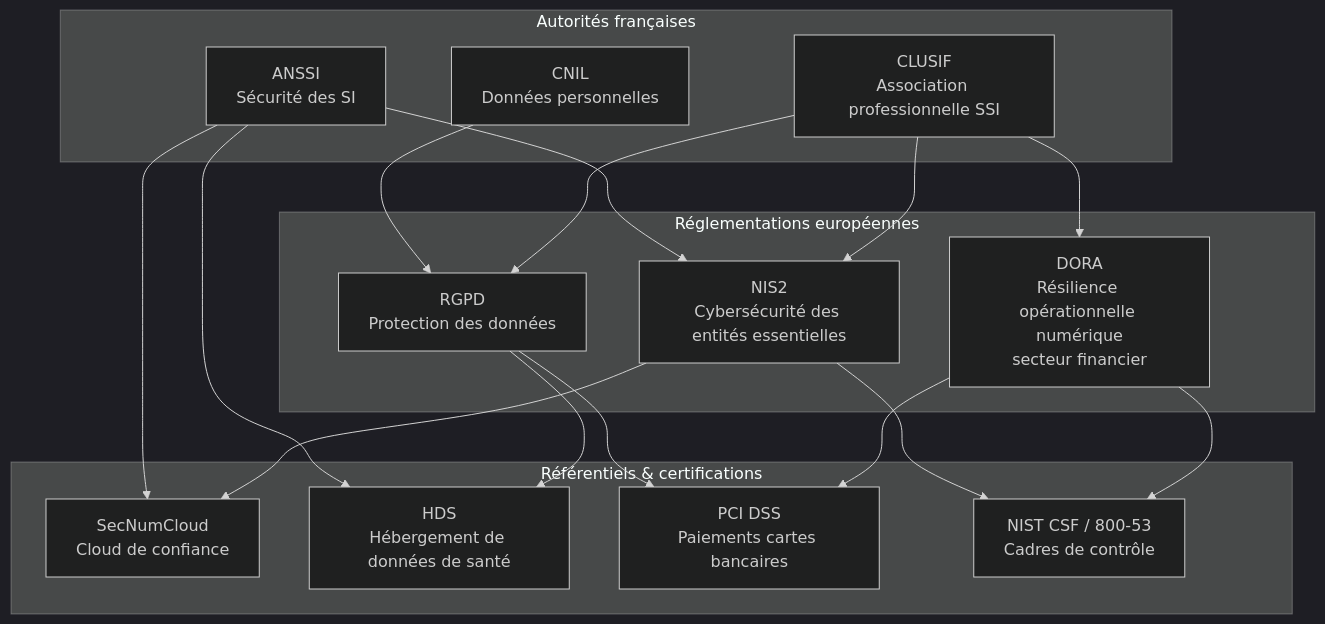
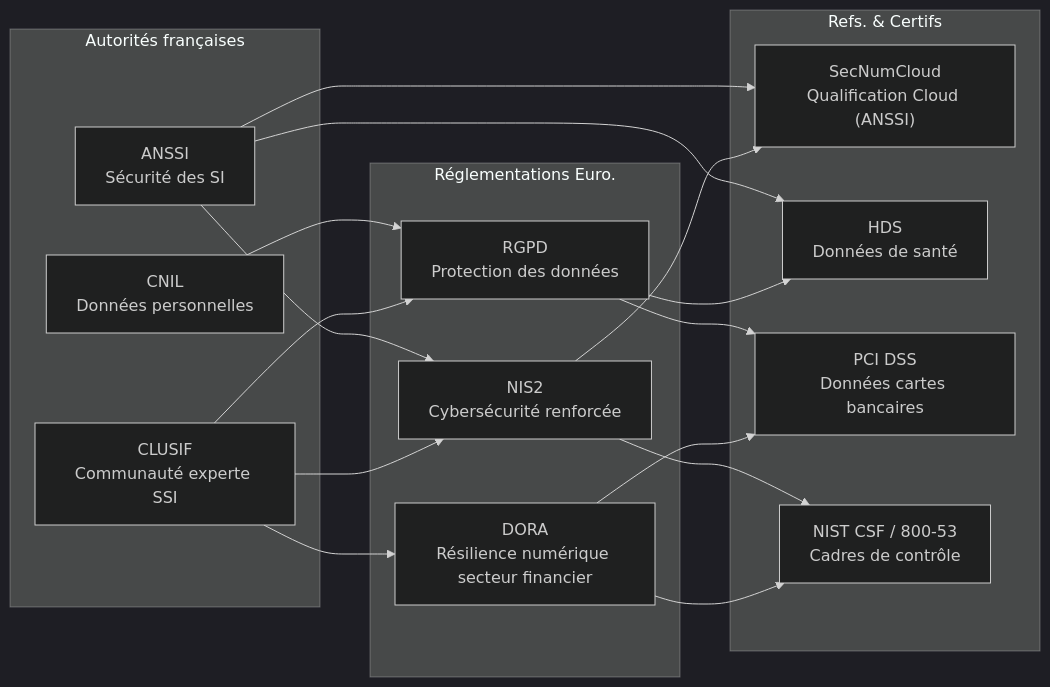
Before and after one commit to zyrass/omnydocs: the first of 2 diagrams in docs/cyber/refs-normes/index.md, drawn with Mermaid (dark theme). The commit also changed other lines of this file and 14 other files, not shown here.

````diff
--- a/docs/cyber/refs-normes/index.md
+++ b/docs/cyber/refs-normes/index.md
@@ -20,43 +32,43 @@
 ```mermaid
-graph TB
+graph LR
     %% Couche 1 : Autorités françaises
     subgraph "Autorités françaises"
         ANSSI["ANSSI<br/>Sécurité des SI"]
         CNIL["CNIL<br/>Données personnelles"]
-        CLUSIF["CLUSIF<br/>Association professionnelle SSI"]
+        CLUSIF["CLUSIF<br/>Communauté experte SSI"]
     end
 
     %% Couche 2 : Réglementations européennes
-    subgraph "Réglementations européennes"
+    subgraph "Réglementations Euro."
         RGPD["RGPD<br/>Protection des données"]
-        NIS2["NIS2<br/>Cybersécurité des entités essentielles"]
-        DORA["DORA<br/>Résilience opérationnelle numérique<br/>secteur financier"]
+        NIS2["NIS2<br/>Cybersécurité renforcée"]
+        DORA["DORA<br/>Résilience numérique secteur financier"]
     end
 
     %% Couche 3 : Référentiels & certifications
-    subgraph "Référentiels & certifications"
-        SNC["SecNumCloud<br/>Cloud de confiance"]
-        HDS["HDS<br/>Hébergement de données de santé"]
-        PCI["PCI DSS<br/>Paiements cartes bancaires"]
+    subgraph "Refs. & Certifs"
+        SNC["SecNumCloud<br/>Qualification Cloud (ANSSI)"]
+        HDS["HDS<br/>Données de santé"]
+        PCI["PCI DSS<br/>Données cartes bancaires"]
         NIST["NIST CSF / 800-53<br/>Cadres de contrôle"]
     end
 
     %% Liens structurants
     CNIL --> RGPD
     ANSSI --> NIS2
     ANSSI --> SNC
     ANSSI --> HDS
 
     RGPD --> HDS
     RGPD --> PCI
 
     NIS2 --> SNC
     NIS2 --> NIST
 
     DORA --> NIST
     DORA --> PCI
 
     CLUSIF --> RGPD
     CLUSIF --> NIS2
     CLUSIF --> DORA
 ```
````
